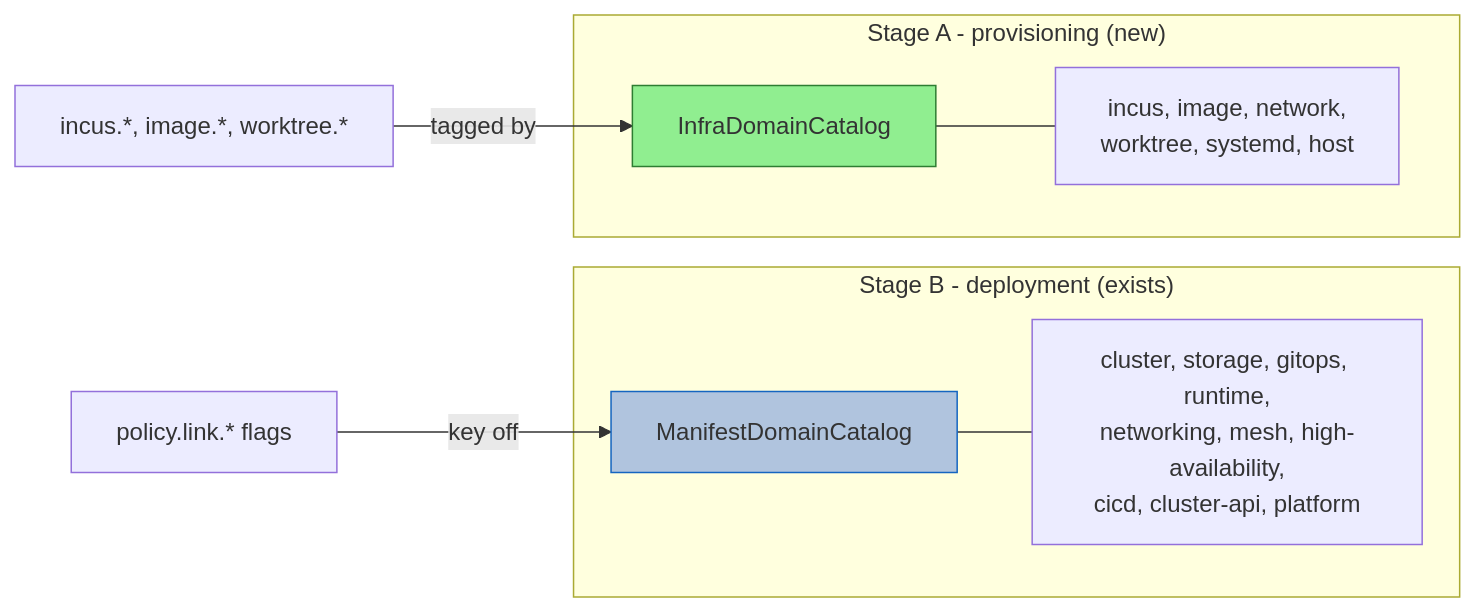
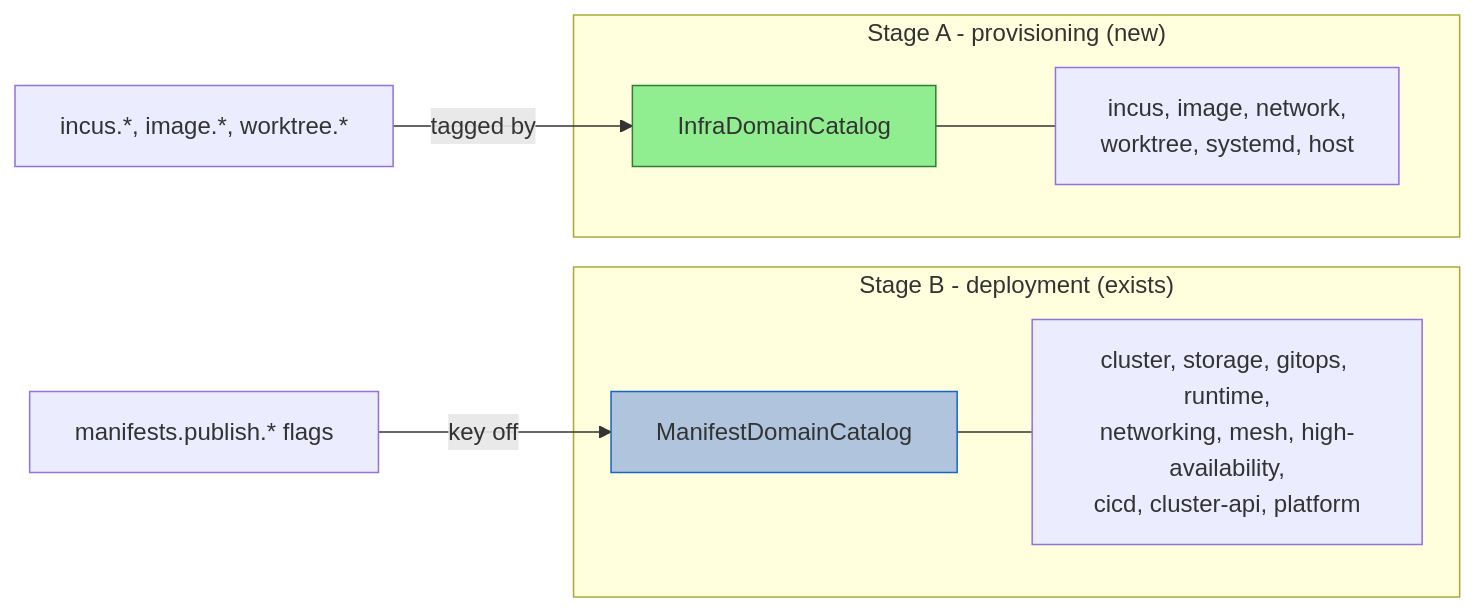
Before and after one commit to nxmatic/rke2lab: the fifth of 8 diagrams in docs/architecture/config/config-restructuring-spec.adoc, drawn with Mermaid. The commit also changed other lines of this file and 22 other files, not shown here.

First line of the commit message:
refactor(manifests): rename the activation facet link → publish

```diff
--- a/docs/architecture/config/config-restructuring-spec.adoc
+++ b/docs/architecture/config/config-restructuring-spec.adoc
@@ -332,19 +335,19 @@
 [mermaid]
 ----
 graph LR
     subgraph stageB["Stage B - deployment (exists)"]
         MDC["ManifestDomainCatalog"]
         MD["cluster, storage, gitops, runtime,<br/>networking, mesh, high-availability,<br/>cicd, cluster-api, platform"]
         MDC --- MD
     end
     subgraph stageA["Stage A - provisioning (new)"]
         IDC["InfraDomainCatalog"]
         ID["incus, image, network,<br/>worktree, systemd, host"]
         IDC --- ID
     end
-    LINK["policy.link.* flags"] -->|"key off"| MDC
+    PUB["manifests.publish.* flags"] -->|"key off"| MDC
     XID["incus.*, image.*, worktree.*"] -->|"tagged by"| IDC
 
     style MDC fill:#B0C4DE,stroke:#1565c0
     style IDC fill:#90EE90,stroke:#2e7d32
 ----
```
